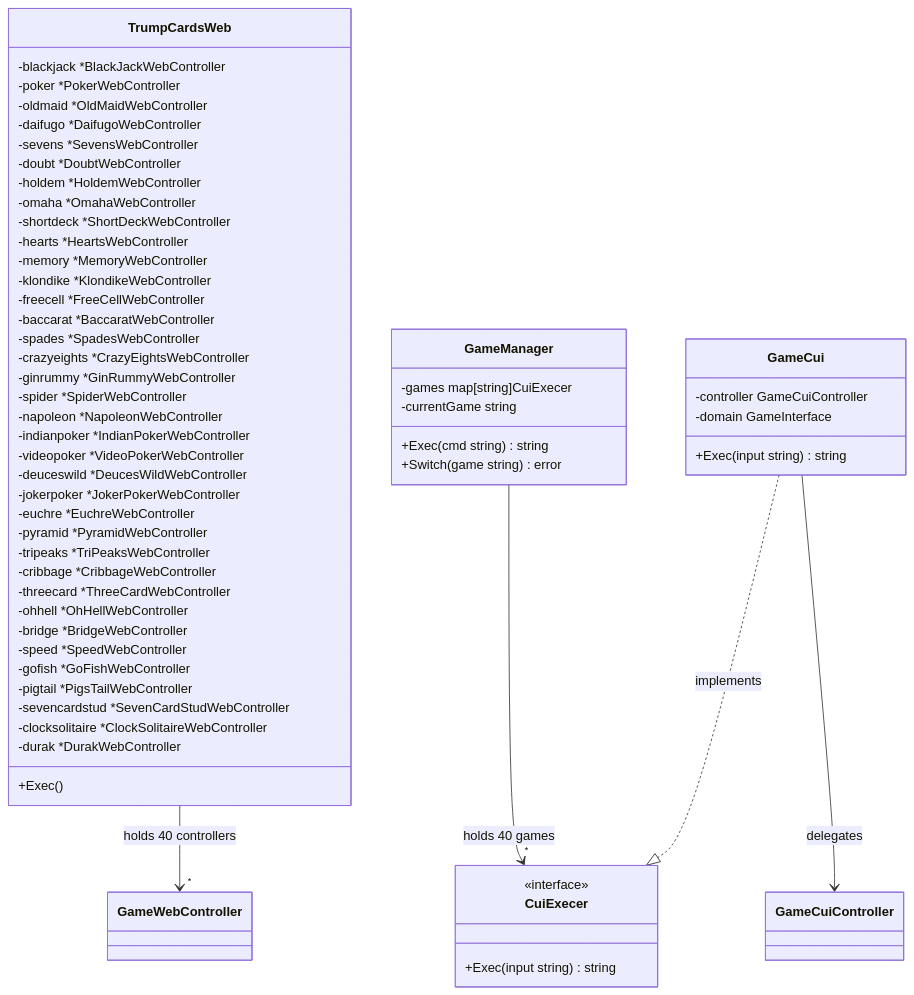
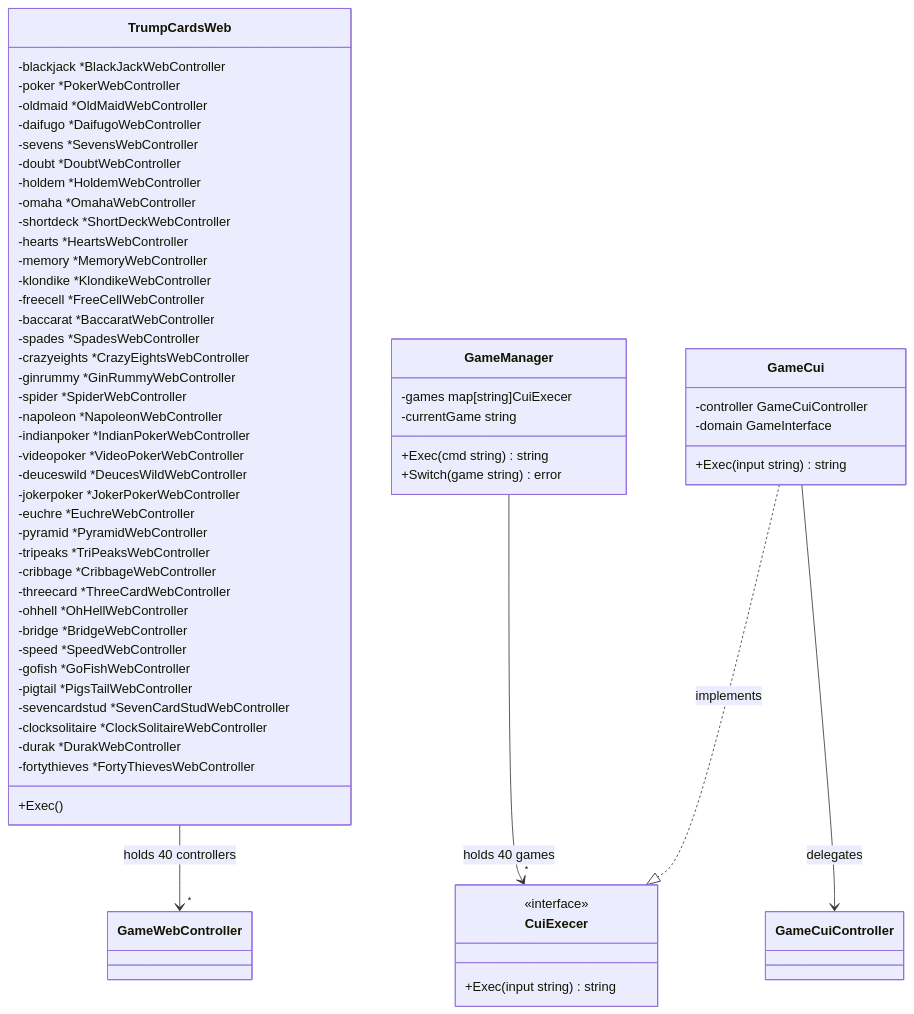
Before and after one commit to yuta-yoshinaga/go_trumpcards: diagram 12 of 54 in docs/design/backend.md, drawn with Mermaid. The commit also changed other lines of this file and 52 other files, not shown here.

First line of the commit message:
feat: add Forty Thieves solitaire game

````diff
--- a/docs/design/backend.md
+++ b/docs/design/backend.md
@@ -1240,65 +1261,66 @@
 ```mermaid
 classDiagram
     class TrumpCardsWeb {
         -blackjack *BlackJackWebController
         -poker *PokerWebController
         -oldmaid *OldMaidWebController
         -daifugo *DaifugoWebController
         -sevens *SevensWebController
         -doubt *DoubtWebController
         -holdem *HoldemWebController
         -omaha *OmahaWebController
         -shortdeck *ShortDeckWebController
         -hearts *HeartsWebController
         -memory *MemoryWebController
         -klondike *KlondikeWebController
         -freecell *FreeCellWebController
         -baccarat *BaccaratWebController
         -spades *SpadesWebController
         -crazyeights *CrazyEightsWebController
         -ginrummy *GinRummyWebController
         -spider *SpiderWebController
         -napoleon *NapoleonWebController
         -indianpoker *IndianPokerWebController
         -videopoker *VideoPokerWebController
         -deuceswild *DeucesWildWebController
         -jokerpoker *JokerPokerWebController
         -euchre *EuchreWebController
         -pyramid *PyramidWebController
         -tripeaks *TriPeaksWebController
         -cribbage *CribbageWebController
         -threecard *ThreeCardWebController
         -ohhell *OhHellWebController
         -bridge *BridgeWebController
         -speed *SpeedWebController
         -gofish *GoFishWebController
         -pigtail *PigsTailWebController
         -sevencardstud *SevenCardStudWebController
         -clocksolitaire *ClockSolitaireWebController
         -durak *DurakWebController
+        -fortythieves *FortyThievesWebController
         +Exec()
     }
 
     class GameManager {
         -games map[string]CuiExecer
         -currentGame string
         +Exec(cmd string) string
         +Switch(game string) error
     }
 
     class CuiExecer {
         <<interface>>
         +Exec(input string) string
     }
 
     class GameCui {
         -controller GameCuiController
         -domain GameInterface
         +Exec(input string) string
     }
 
     TrumpCardsWeb --> "*" GameWebController : holds 40 controllers
     GameManager --> "*" CuiExecer : holds 40 games
     GameCui ..|> CuiExecer : implements
     GameCui --> GameCuiController : delegates
 ```
````
